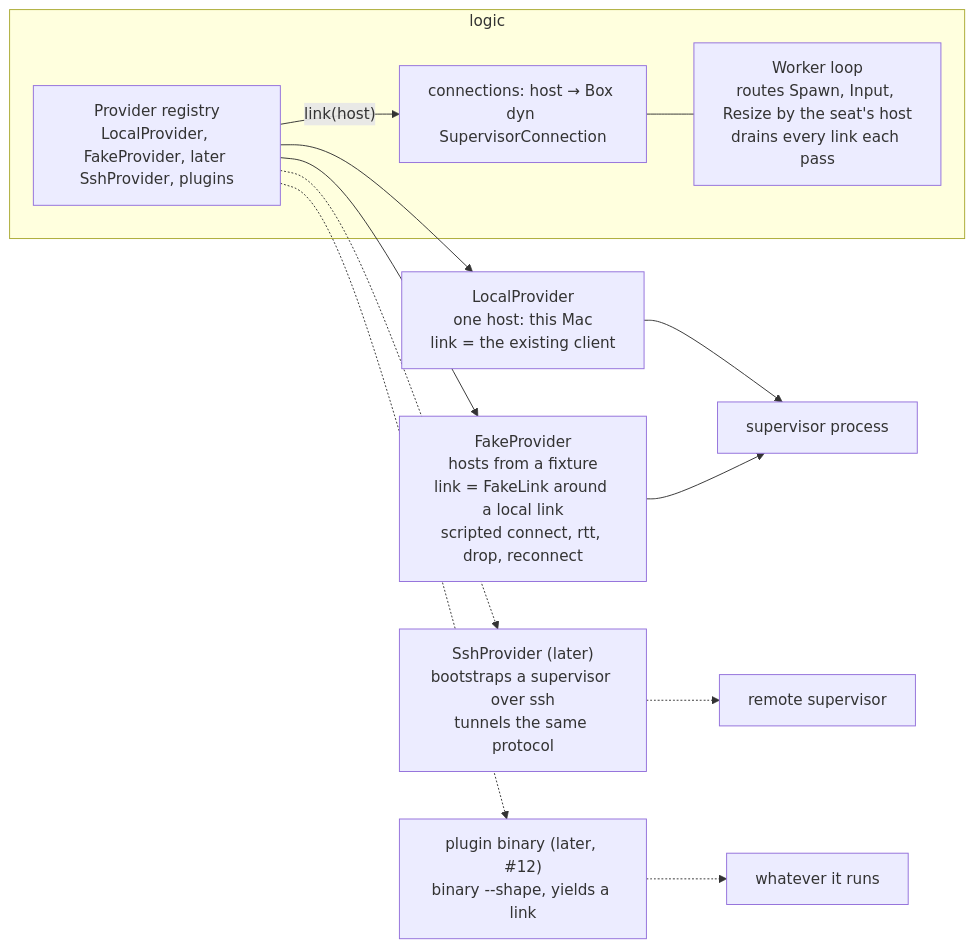
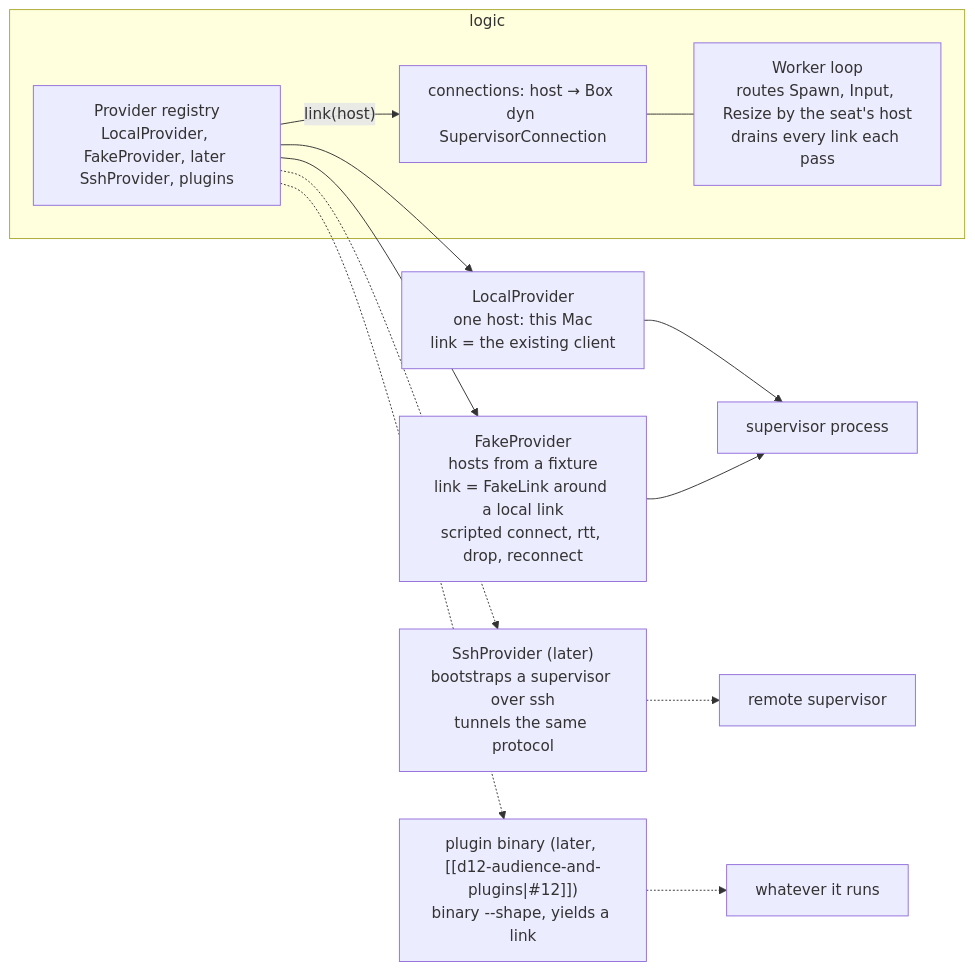
The first of 2 diagrams in .bboxy/specs/d1-providers.md (bboxy450/bboxy450-term), drawn with Mermaid before and after one commit. The commit also changed other lines of this file and 209 other files, not shown here.

````diff
--- a/.bboxy/specs/d1-providers.md
+++ b/.bboxy/specs/d1-providers.md
@@ -25,16 +29,16 @@
 ```mermaid
 flowchart LR
   subgraph LOGIC["logic"]
     P["Provider registry<br/>LocalProvider, FakeProvider, later SshProvider, plugins"]
     C["connections: host → Box dyn SupervisorConnection"]
     W["Worker loop<br/>routes Spawn, Input, Resize by the seat's host<br/>drains every link each pass"]
     P -- "link(host)" --> C
     C --- W
   end
   LP["LocalProvider<br/>one host: this Mac<br/>link = the existing client"] --> S1["supervisor process"]
   FP["FakeProvider<br/>hosts from a fixture<br/>link = FakeLink around a local link<br/>scripted connect, rtt, drop, reconnect"] --> S1
   SP["SshProvider (later)<br/>bootstraps a supervisor over ssh<br/>tunnels the same protocol"] -.-> S2["remote supervisor"]
-  PL["plugin binary (later, #12)<br/>binary --shape, yields a link"] -.-> S3["whatever it runs"]
+  PL["plugin binary (later, [[d12-audience-and-plugins|#12]])<br/>binary --shape, yields a link"] -.-> S3["whatever it runs"]
   P --> LP & FP
   P -.-> SP & PL
 ```
````
